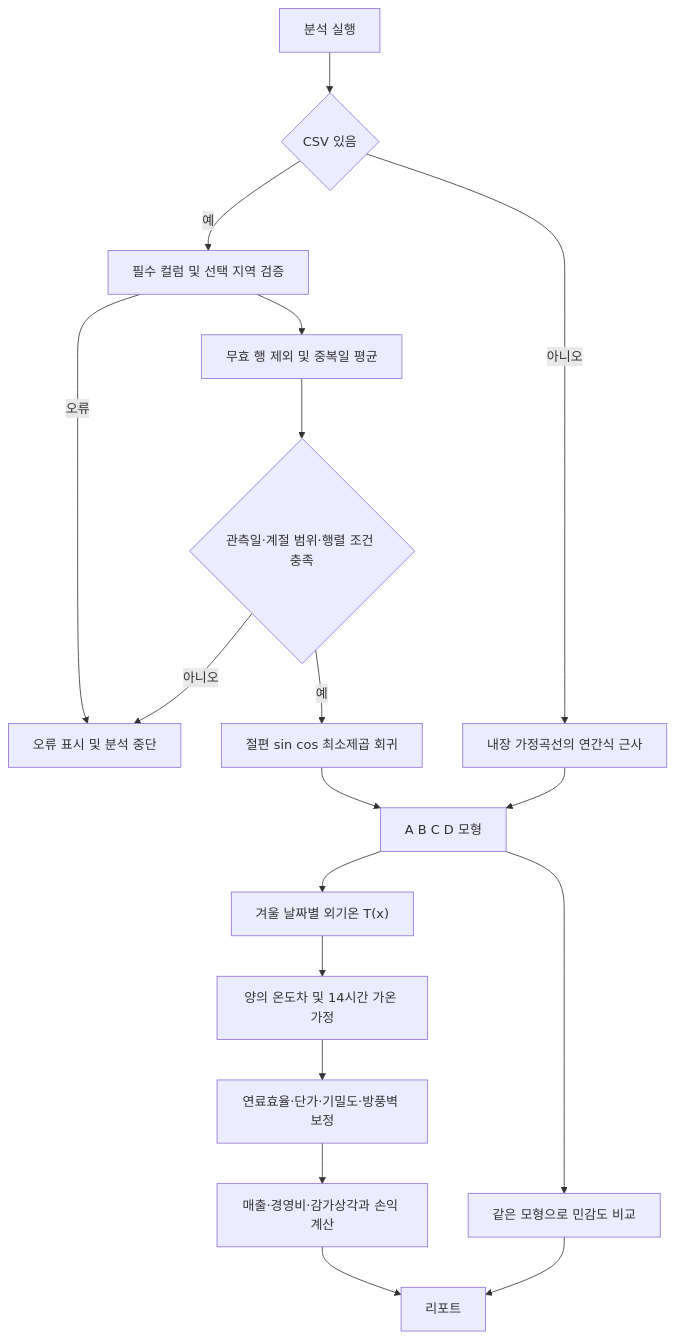
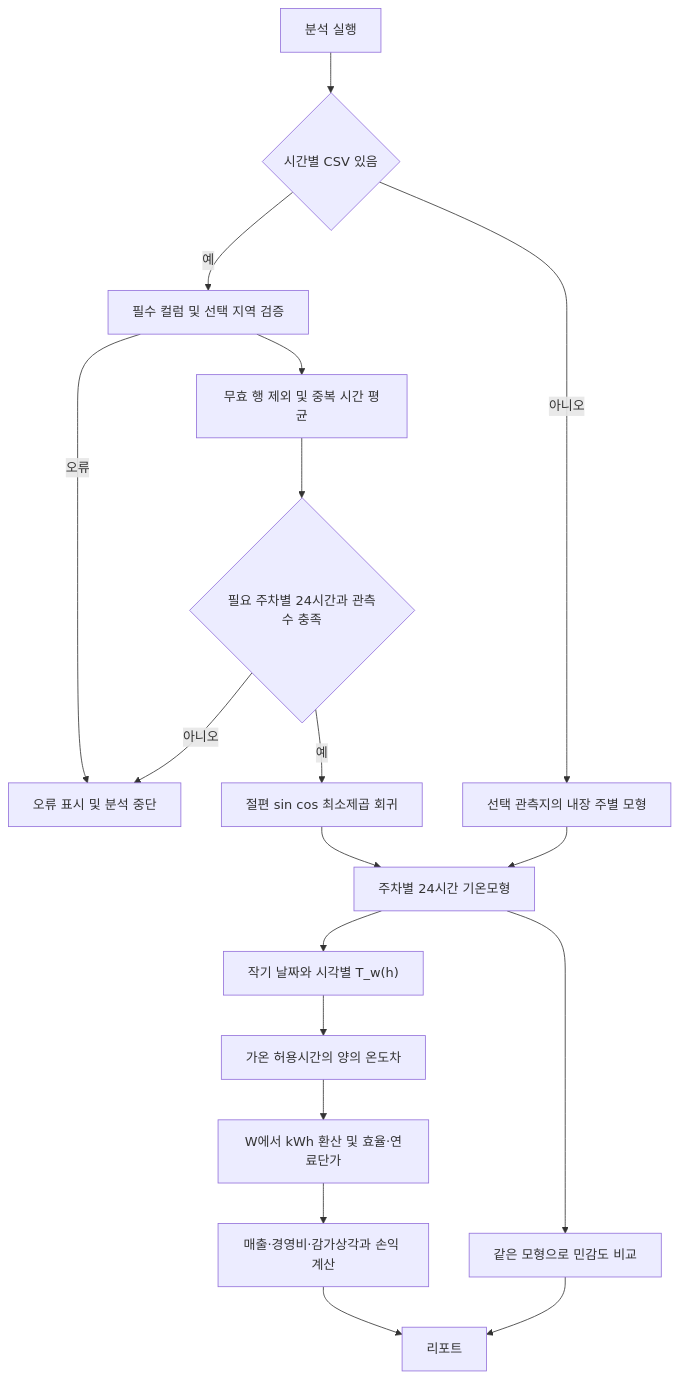
Before and after one commit to kuk-jong/fig-heating-decision-app: the fifth of 5 diagrams in releases/v0.5/docs/APP_BLUEPRINT.md, drawn with Mermaid. The commit also changed other lines of this file and 19 other files, not shown here.

````diff
--- a/releases/v0.5/docs/APP_BLUEPRINT.md
+++ b/releases/v0.5/docs/APP_BLUEPRINT.md
@@ -221,20 +225,20 @@
 ```mermaid
 flowchart TD
-    request["분석 실행"] --> hasCsv{"CSV 있음"}
+    request["분석 실행"] --> hasCsv{"시간별 CSV 있음"}
     hasCsv -->|"예"| validate["필수 컬럼 및 선택 지역 검증"]
-    validate --> clean["무효 행 제외 및 중복일 평균"]
-    clean --> eligible{"관측일·계절 범위·행렬 조건 충족"}
+    validate --> clean["무효 행 제외 및 중복 시간 평균"]
+    clean --> eligible{"필요 주차별 24시간과 관측수 충족"}
     validate -->|"오류"| stop["오류 표시 및 분석 중단"]
     eligible -->|"아니오"| stop
     eligible -->|"예"| regression["절편 sin cos 최소제곱 회귀"]
-    regression --> model["A B C D 모형"]
-    hasCsv -->|"아니오"| fallback["내장 가정곡선의 연간식 근사"]
+    regression --> model["주차별 24시간 기온모형"]
+    hasCsv -->|"아니오"| fallback["선택 관측지의 내장 주별 모형"]
     fallback --> model
-    model --> daily["겨울 날짜별 외기온 T(x)"]
-    daily --> heat["양의 온도차 및 14시간 가온 가정"]
-    heat --> cost["연료효율·단가·기밀도·방풍벽 보정"]
+    model --> daily["작기 날짜와 시각별 T_w(h)"]
+    daily --> heat["가온 허용시간의 양의 온도차"]
+    heat --> cost["W에서 kWh 환산 및 효율·연료단가"]
     cost --> profit["매출·경영비·감가상각과 손익 계산"]
     model --> sensitivity["같은 모형으로 민감도 비교"]
     profit --> report["리포트"]
     sensitivity --> report
 ```
````
